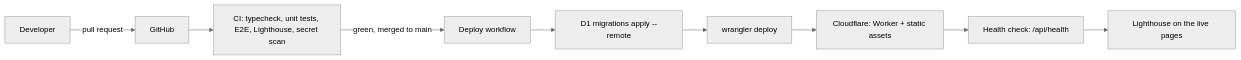
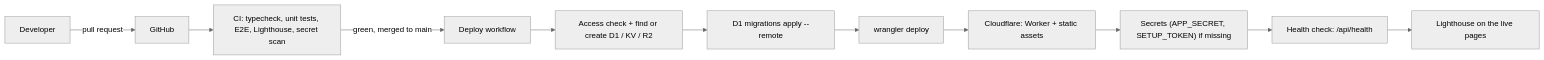
One commit to bayzed123/academy.mawahbd.com changed the second of 5 diagrams in docs/spec.md. Above: the diagram before and after it, drawn with Mermaid (neutral theme). The commit also changed other lines of this file and 12 other files, not shown here.

````diff
--- a/docs/spec.md
+++ b/docs/spec.md
@@ -249,11 +249,13 @@
 ```mermaid
 flowchart LR
   DEV["Developer"] -->|"pull request"| GH["GitHub"]
   GH --> CI["CI: typecheck, unit tests, E2E, Lighthouse, secret scan"]
   CI -->|"green, merged to main"| DEP["Deploy workflow"]
-  DEP --> MIG["D1 migrations apply --remote"]
+  DEP --> PRE["Access check + find or create D1 / KV / R2"]
+  PRE --> MIG["D1 migrations apply --remote"]
   MIG --> WD["wrangler deploy"]
   WD --> CF["Cloudflare: Worker + static assets"]
-  CF --> HC["Health check: /api/health"]
+  CF --> SEC["Secrets (APP_SECRET, SETUP_TOKEN) if missing"]
+  SEC --> HC["Health check: /api/health"]
   HC --> LH["Lighthouse on the live pages"]
 ```
````
